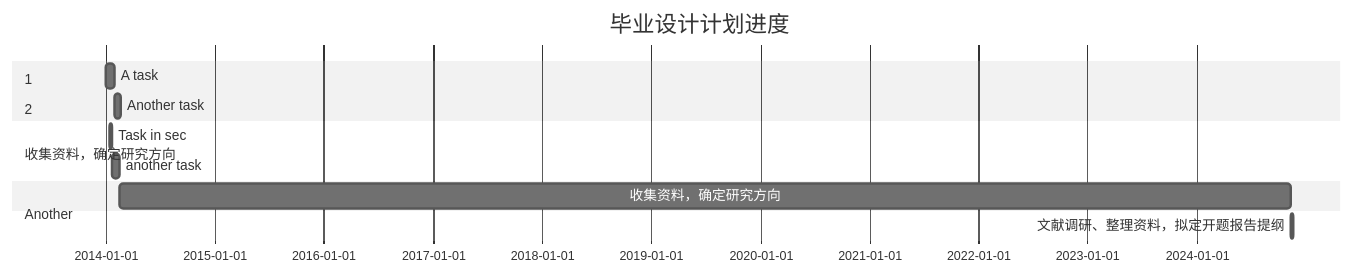
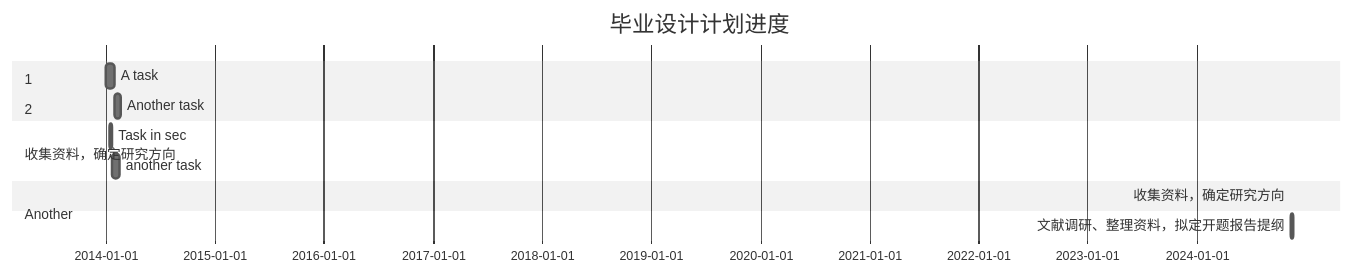
One commit to Kelseyyz/iodraw-files changed the diagram in all/未命名.md. Above: the diagram before and after it, drawn with Mermaid (neutral theme).

Commit message:
2024-12-30 11:02:39 update

````diff
--- a/all/未命名.md
+++ b/all/未命名.md
@@ -1,18 +1,18 @@
 ```mermaid
 gantt
     title 毕业设计计划进度
     dateFormat  YYYY-MM-DD
     
     section 收集资料，确定研究方向
     A task           :a1, 2014-01-01, 30d
     Another task     :after a1  , 20d
     section Another
     Task in sec      :2014-01-12  , 12d
     another task      : 24d
 
 
     section 1
-    收集资料，确定研究方向           : 2024-11-10
+    收集资料，确定研究方向           : 2024-11-10  , 
     section 2
     文献调研、整理资料，拟定开题报告提纲      :2024-11-20
 ```
````
